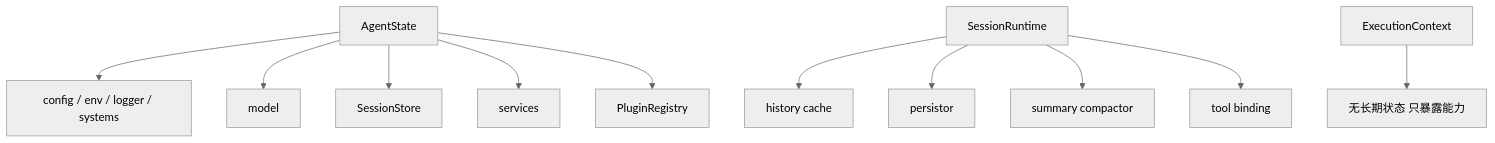
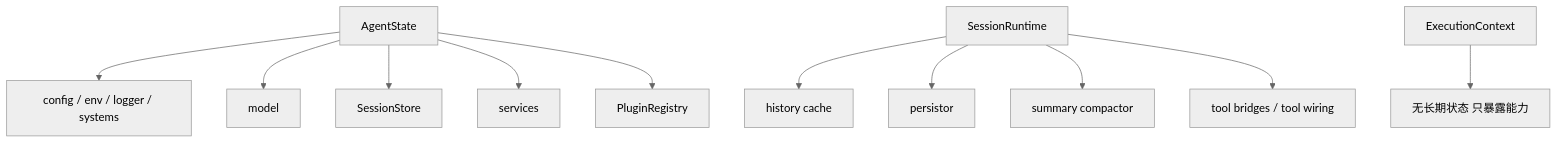
Before and after one commit to wangenius/downcity: the fourth of 6 diagrams in devdocs/agent-and-session.md, drawn with Mermaid (neutral theme). The commit also changed 37 other files, not shown here.

````diff
--- a/devdocs/agent-and-session.md
+++ b/devdocs/agent-and-session.md
@@ -178,15 +178,15 @@
 ```mermaid
 flowchart TD
   AGENT["AgentState"] --> A1["config / env / logger / systems"]
   AGENT --> A2["model"]
   AGENT --> A3["SessionStore"]
   AGENT --> A4["services"]
   AGENT --> A5["PluginRegistry"]
 
   SESSIONRT["SessionRuntime"] --> S1["history cache"]
   SESSIONRT --> S2["persistor"]
   SESSIONRT --> S3["summary compactor"]
-  SESSIONRT --> S4["tool binding"]
+  SESSIONRT --> S4["tool bridges / tool wiring"]
 
   CTX["ExecutionContext"] --> C1["无长期状态 只暴露能力"]
 ```
````
